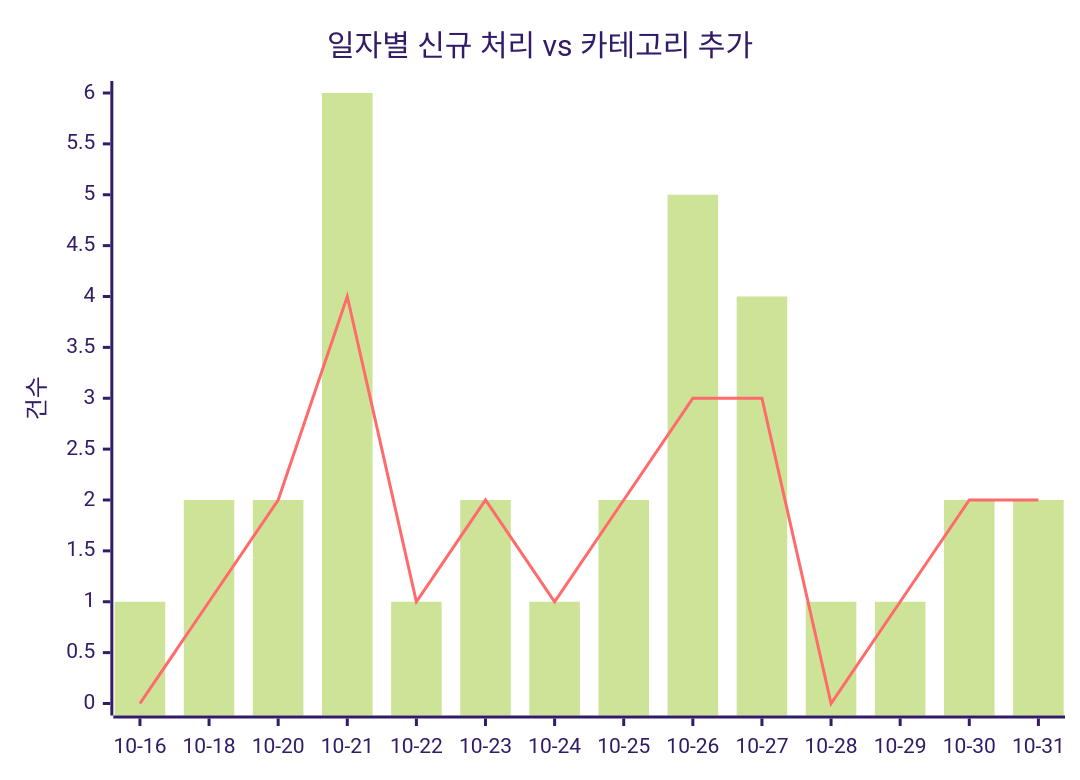
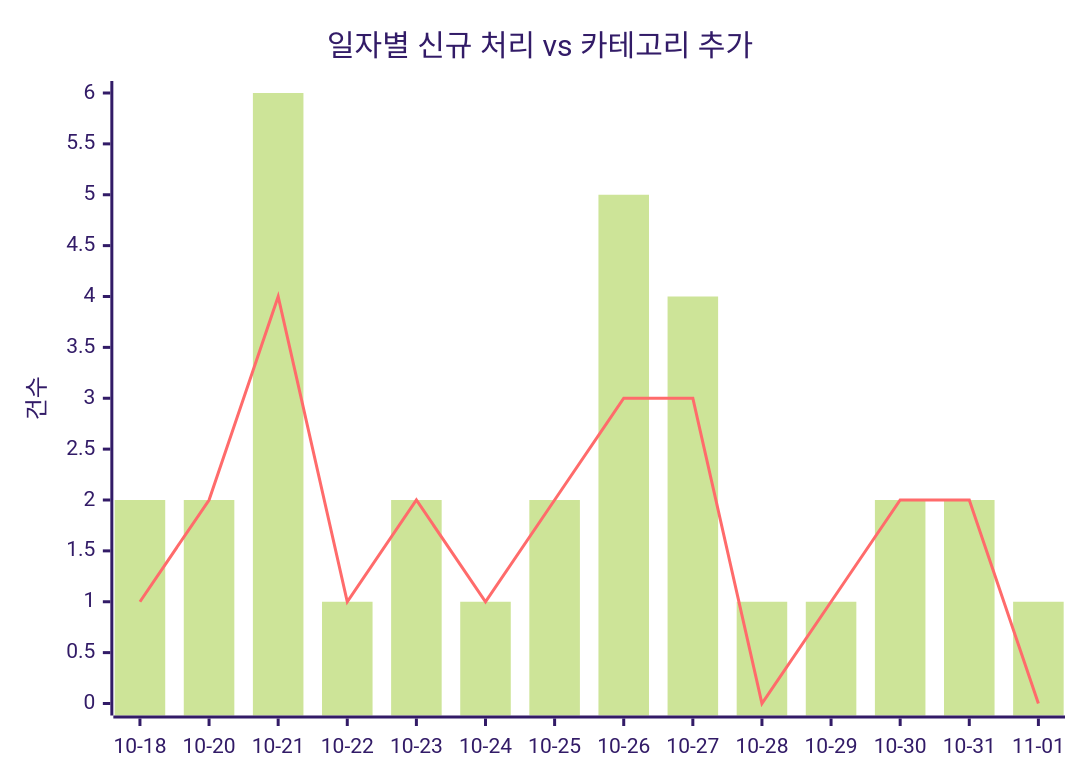
Before and after one commit to J-nowcow/awesome-korean-agent-skills: the first of 2 diagrams in docs/trends.md, drawn with Mermaid (forest theme). The commit also changed other lines of this file and 2 other files, not shown here.

````diff
--- a/docs/trends.md
+++ b/docs/trends.md
@@ -32,8 +32,8 @@
 ```mermaid
 xychart-beta
     title "일자별 신규 처리 vs 카테고리 추가"
-    x-axis ["10-16","10-18","10-20","10-21","10-22","10-23","10-24","10-25","10-26","10-27","10-28","10-29","10-30","10-31"]
+    x-axis ["10-18","10-20","10-21","10-22","10-23","10-24","10-25","10-26","10-27","10-28","10-29","10-30","10-31","11-01"]
     y-axis "건수"
-    bar [1,2,2,6,1,2,1,2,5,4,1,1,2,2]
-    line [0,1,2,4,1,2,1,2,3,3,0,1,2,2]
+    bar [2,2,6,1,2,1,2,5,4,1,1,2,2,1]
+    line [1,2,4,1,2,1,2,3,3,0,1,2,2,0]
 ```
````
